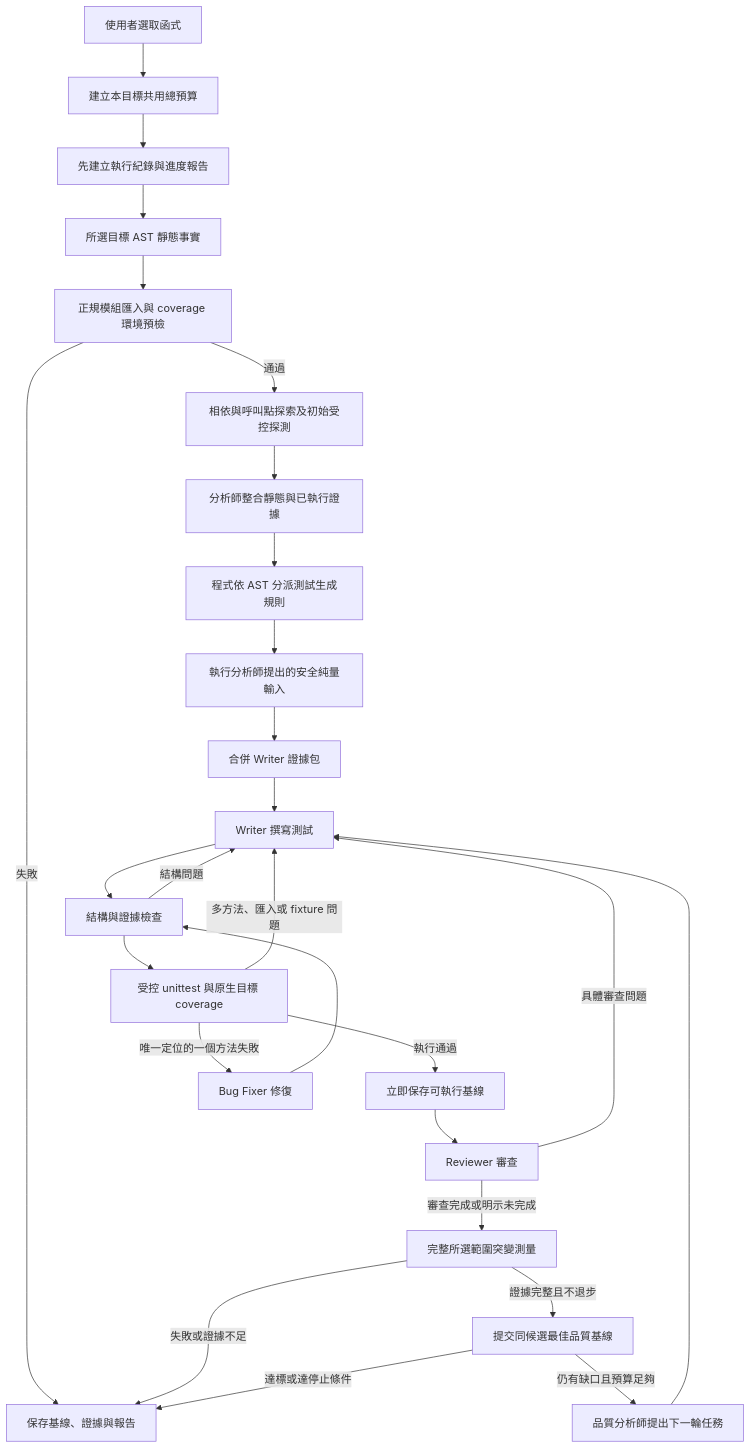
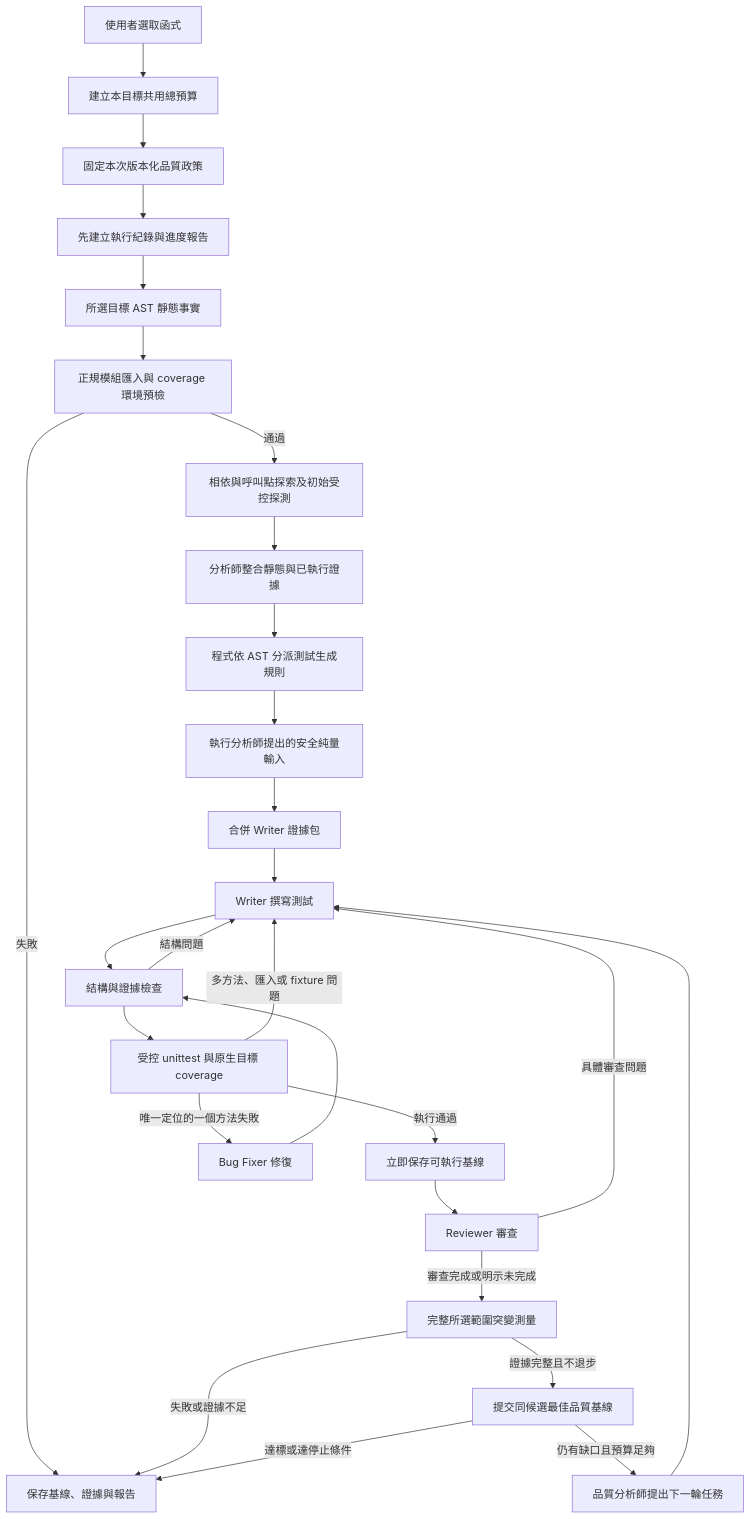
One commit to Lane921129/vscode_llm_unit_test changed the diagram in ARCHITECTURE.md. Above: the diagram before and after it, drawn with Mermaid. The commit also changed other lines of this file and 46 other files, not shown here.

````diff
--- a/ARCHITECTURE.md
+++ b/ARCHITECTURE.md
@@ -17,29 +17,30 @@
 ```mermaid
 flowchart TD
     UI[使用者選取函式] --> Budget[建立本目標共用總預算]
-    Budget --> Journal[先建立執行紀錄與進度報告]
+    Budget --> Policy[固定本次版本化品質政策]
+    Policy --> Journal[先建立執行紀錄與進度報告]
     Journal --> Static[所選目標 AST 靜態事實]
     Static --> Preflight[正規模組匯入與 coverage 環境預檢]
     Preflight -->|失敗| Report[保存基線、證據與報告]
     Preflight -->|通過| InitialProbe[相依與呼叫點探索及初始受控探測]
     InitialProbe --> Analyst[分析師整合靜態與已執行證據]
     Analyst --> Rules[程式依 AST 分派測試生成規則]
     Rules --> SupplementalProbe[執行分析師提出的安全純量輸入]
     SupplementalProbe --> Bundle[合併 Writer 證據包]
     Bundle --> Writer[Writer 撰寫測試]
     Writer --> Structure[結構與證據檢查]
     Structure --> Validation[受控 unittest 與原生目標 coverage]
     Validation -->|執行通過| Checkpoint[立即保存可執行基線]
     Checkpoint --> Reviewer[Reviewer 審查]
     Reviewer -->|具體審查問題| Writer
     Structure -->|結構問題| Writer
     Validation -->|唯一定位的一個方法失敗| Fixer[Bug Fixer 修復]
     Validation -->|多方法、匯入或 fixture 問題| Writer
     Fixer --> Structure
     Reviewer -->|審查完成或明示未完成| Quality[完整所選範圍突變測量]
     Quality -->|證據完整且不退步| QualityCheckpoint[提交同候選最佳品質基線]
     Quality -->|失敗或證據不足| Report
     QualityCheckpoint -->|仍有缺口且預算足夠| QualityAnalyst[品質分析師提出下一輪任務]
     QualityAnalyst --> Writer
     QualityCheckpoint -->|達標或達停止條件| Report
 ```
````
